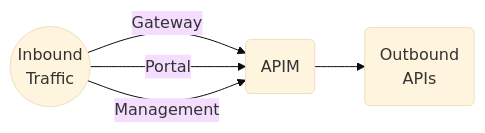
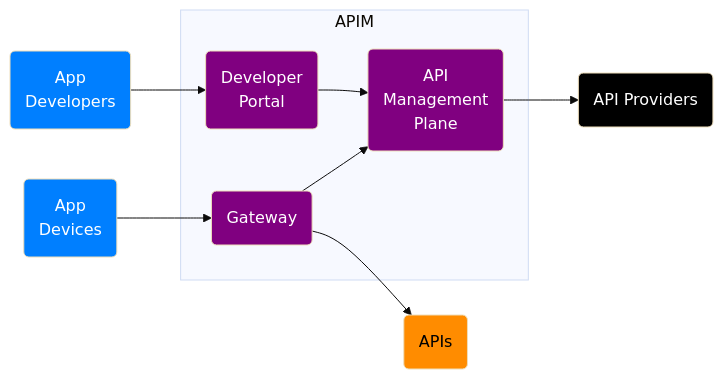
Before and after one commit to msalemor/azure-apim-networking: the first of 4 diagrams in README.md, drawn with Mermaid (base theme). The commit also changed other lines of this file, not shown here.

````diff
--- a/README.md
+++ b/README.md
@@ -15,7 +15,23 @@
 ```mermaid
 graph LR;
-  A((Inbound<br/>Traffic))--Gateway-->B(APIM);
-  A--Portal-->B;
-  A--Management-->B;
-  B-->C(Outbound<br/>APIs)
+  A(App<br/>Developers)-->B;
+  subgraph "APIM"
+    B(Developer<br/>Portal);
+    D(API<br/>Management<br/>Plane);
+    E(Gateway);
+  end;
+  B-->D;
+  C(App<br/>Devices)-->E;
+  E-->D;
+  E-->G(APIs);
+  D-->H(API Providers)
+  classDef internet fill:#007FFF,color:white;
+  classDef unsafe fill:#ff3333,color:white;
+  classDef semisafe fill:darkorange,color:black;
+  classDef safe fill:purple,color:white;
+  classDef text fill:black,color:white;
+  class A,C internet;
+  class B,D,E safe;
+  class G semisafe;
+  class H text;
 ```
````
